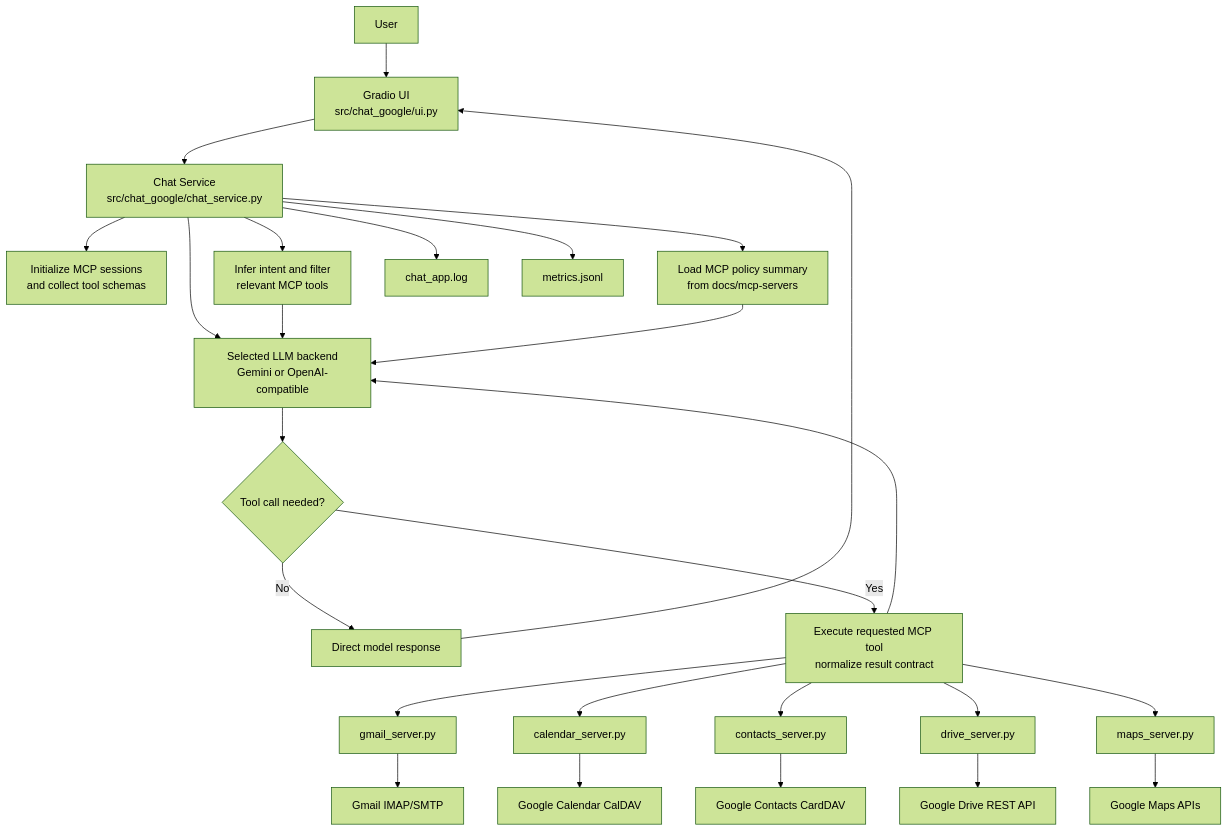
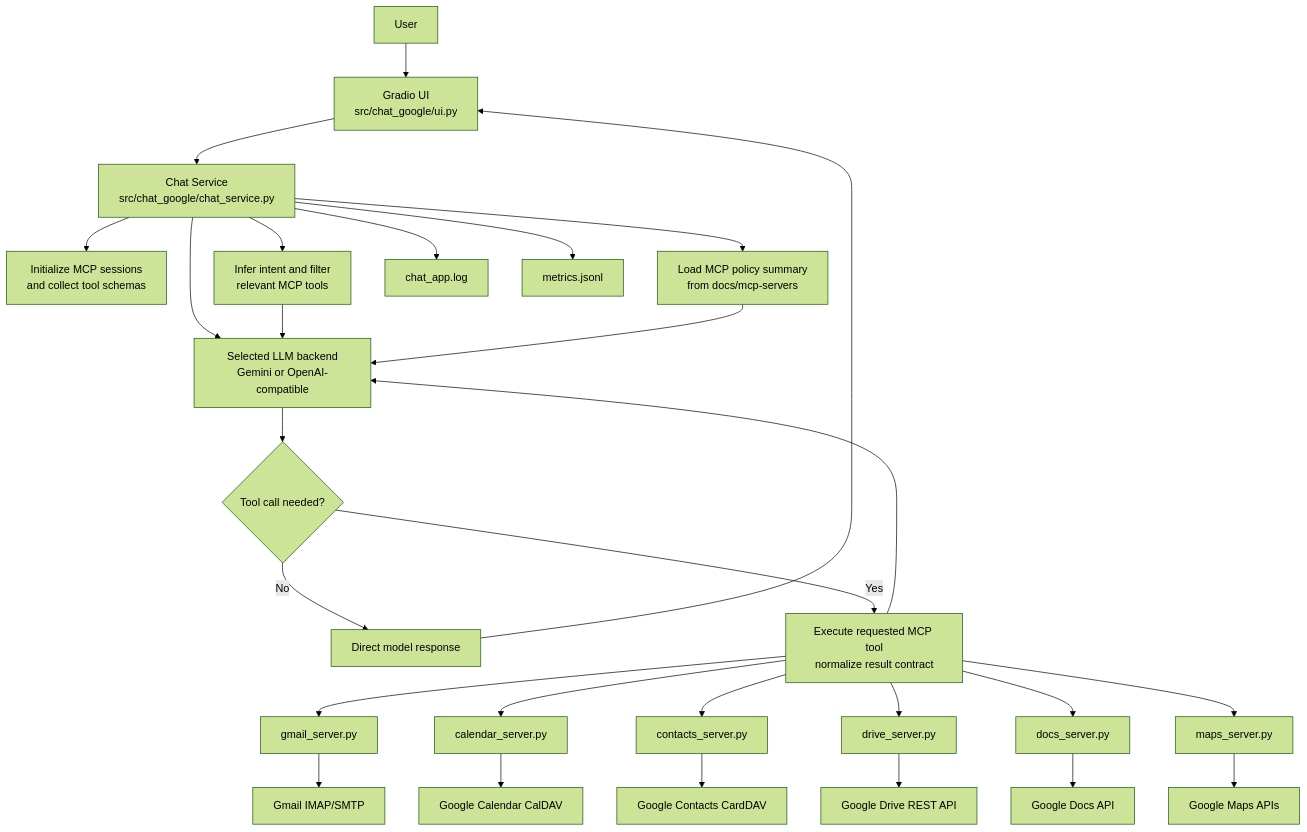
The diagram in README.md (agungw132/chat-mcp-google), drawn with Mermaid (forest theme) before and after one commit. The commit also changed other lines of this file and 24 other files, not shown here.

````diff
--- a/README.md
+++ b/README.md
@@ -78,34 +79,36 @@
 ```mermaid
 flowchart TD
     U[User] --> UI[Gradio UI<br/>src/chat_google/ui.py]
     UI --> CS[Chat Service<br/>src/chat_google/chat_service.py]
 
     CS --> MCPREG[Initialize MCP sessions<br/>and collect tool schemas]
     CS --> ROUTE[Infer intent and filter<br/>relevant MCP tools]
     CS --> POLICY[Load MCP policy summary<br/>from docs/mcp-servers]
     CS --> LLM[Selected LLM backend<br/>Gemini or OpenAI-compatible]
 
     LLM --> DEC{Tool call needed?}
     DEC -- No --> RESP[Direct model response]
     DEC -- Yes --> TOOL[Execute requested MCP tool<br/>normalize result contract]
 
     TOOL --> MG[gmail_server.py]
     TOOL --> MC[calendar_server.py]
     TOOL --> MT[contacts_server.py]
     TOOL --> MD[drive_server.py]
+    TOOL --> MDO[docs_server.py]
     TOOL --> MM[maps_server.py]
 
     MG --> GI[Gmail IMAP/SMTP]
     MC --> GC[Google Calendar CalDAV]
     MT --> GCT[Google Contacts CardDAV]
     MD --> GD[Google Drive REST API]
+    MDO --> GDO[Google Docs API]
     MM --> GM[Google Maps APIs]
 
     ROUTE --> LLM
     POLICY --> LLM
     TOOL --> LLM
     RESP --> UI
 
     CS --> L[chat_app.log]
     CS --> M[metrics.jsonl]
 ```
````
